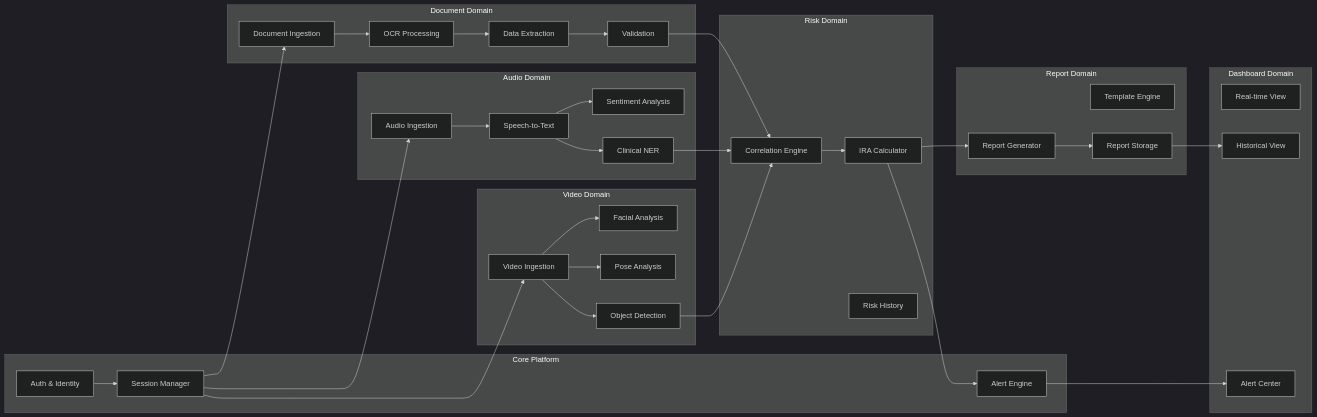
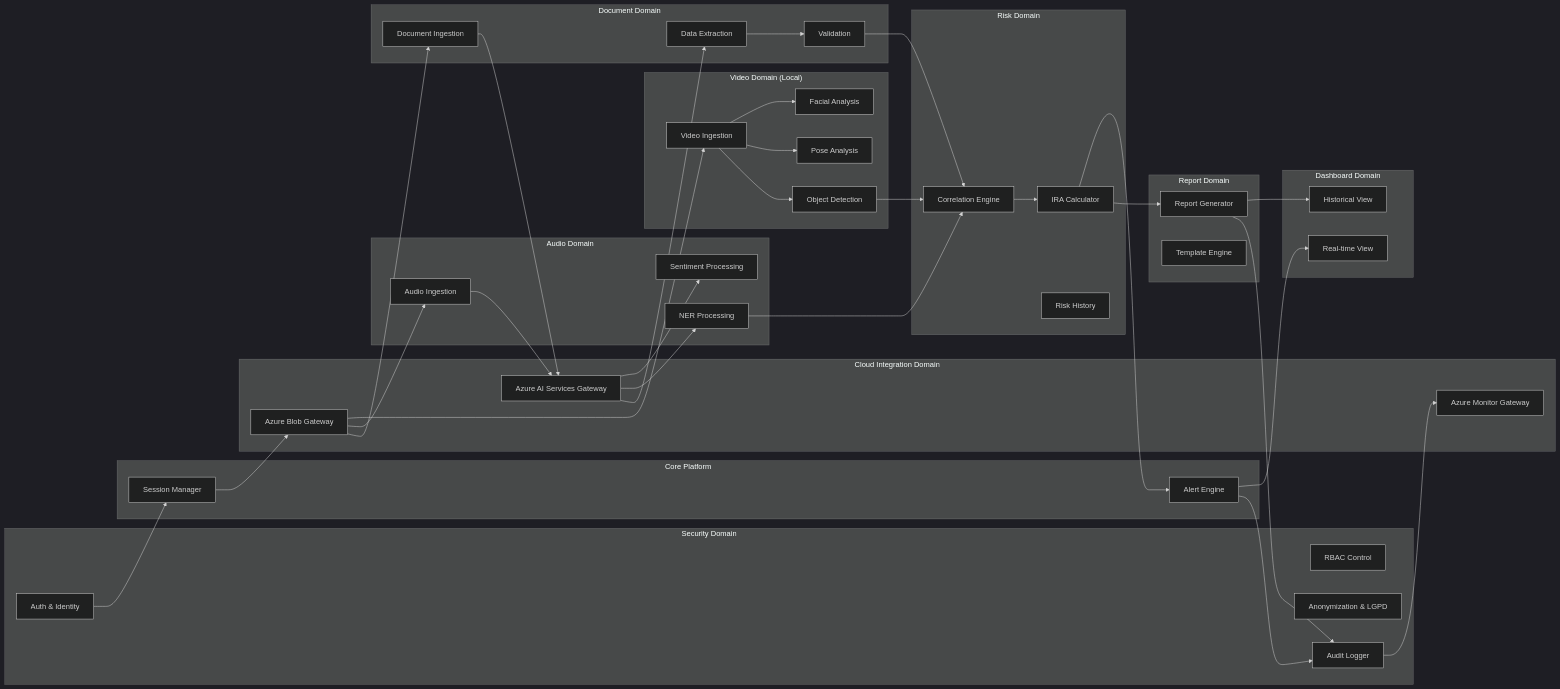
One commit to Wallace82/guardia-parto-seguro changed the sixth of 6 diagrams in docs/ARCHITECTURE.md. Above: the diagram before and after it, drawn with Mermaid (dark theme). The commit also changed other lines of this file and 11 other files, not shown here.

Commit message:
docs: implement project documentation framework and update architecture to hybrid cloud model

````diff
--- a/docs/ARCHITECTURE.md
+++ b/docs/ARCHITECTURE.md
@@ -239,57 +257,72 @@
 ```mermaid
 graph LR
+    subgraph "Security Domain"
+        SEC_AUTH[Auth & Identity]
+        SEC_RBAC[RBAC Control]
+        SEC_LGPD[Anonymization & LGPD]
+        SEC_AUDIT[Audit Logger]
+    end
+
     subgraph "Core Platform"
-        AUTH[Auth & Identity]
         SESSION[Session Manager]
         ALERT[Alert Engine]
     end
+    
+    subgraph "Cloud Integration Domain"
+        CLOUD_STORE[Azure Blob Gateway]
+        CLOUD_AI[Azure AI Services Gateway]
+        CLOUD_MON[Azure Monitor Gateway]
+    end
 
-    subgraph "Video Domain"
+    subgraph "Video Domain (Local)"
         VID_INGEST[Video Ingestion]
         VID_FACE[Facial Analysis]
         VID_POSE[Pose Analysis]
         VID_OBJ[Object Detection]
     end
 
     subgraph "Audio Domain"
         AUD_INGEST[Audio Ingestion]
-        AUD_STT[Speech-to-Text]
-        AUD_SENT[Sentiment Analysis]
-        AUD_NER[Clinical NER]
+        AUD_SENT[Sentiment Processing]
+        AUD_NER[NER Processing]
     end
 
     subgraph "Document Domain"
         DOC_INGEST[Document Ingestion]
-        DOC_OCR[OCR Processing]
         DOC_EXTRACT[Data Extraction]
         DOC_VALID[Validation]
     end
 
     subgraph "Risk Domain"
         RISK_CORR[Correlation Engine]
         IRA_CALC[IRA Calculator]
         RISK_HIST[Risk History]
     end
 
     subgraph "Report Domain"
         RPT_GEN[Report Generator]
         RPT_TMPL[Template Engine]
-        RPT_STORE[Report Storage]
     end
 
     subgraph "Dashboard Domain"
         DASH_RT[Real-time View]
         DASH_HIST[Historical View]
-        DASH_ALERT[Alert Center]
     end
 
-    AUTH --> SESSION
-    SESSION --> VID_INGEST & AUD_INGEST & DOC_INGEST
+    SEC_AUTH --> SESSION
+    SESSION --> CLOUD_STORE
+    CLOUD_STORE --> VID_INGEST & AUD_INGEST & DOC_INGEST
+    
     VID_INGEST --> VID_FACE & VID_POSE & VID_OBJ
-    AUD_INGEST --> AUD_STT --> AUD_SENT & AUD_NER
-    DOC_INGEST --> DOC_OCR --> DOC_EXTRACT --> DOC_VALID
+    AUD_INGEST --> CLOUD_AI
+    DOC_INGEST --> CLOUD_AI
+    
+    CLOUD_AI --> AUD_SENT & AUD_NER & DOC_EXTRACT
+    DOC_EXTRACT --> DOC_VALID
 
     VID_OBJ & AUD_NER & DOC_VALID --> RISK_CORR --> IRA_CALC
-    IRA_CALC --> ALERT --> DASH_ALERT
-    IRA_CALC --> RPT_GEN --> RPT_STORE --> DASH_HIST
+    IRA_CALC --> ALERT --> DASH_RT
+    IRA_CALC --> RPT_GEN --> DASH_HIST
+    
+    ALERT & RPT_GEN --> SEC_AUDIT --> CLOUD_MON
 ```
````
